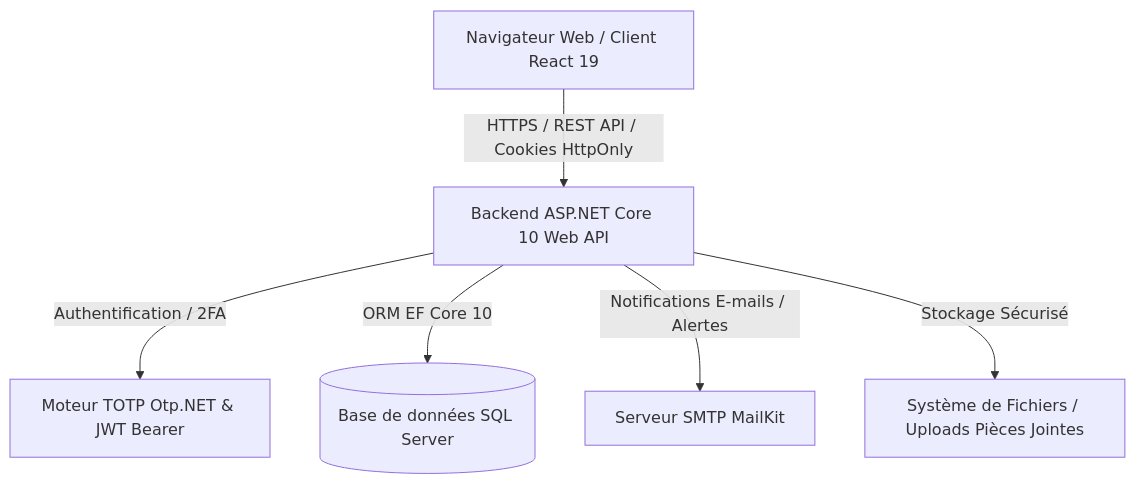
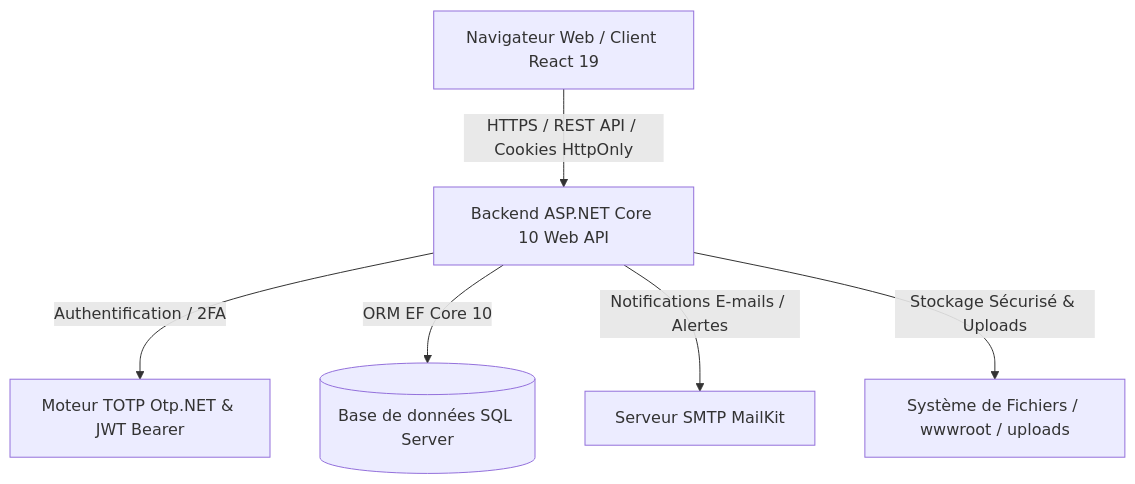
One commit to MsdAmine/cspj-mini-mail changed the diagram in README.md. Above: the diagram before and after it, drawn with Mermaid. The commit also changed other lines of this file, not shown here.

Commit message:
docs: update project README to reflect new features, security enhancements, and architectural refinements

````diff
--- a/README.md
+++ b/README.md
@@ -86,8 +95,8 @@
 ```mermaid
 graph TD
     Client[Navigateur Web / Client React 19] -->|HTTPS / REST API / Cookies HttpOnly| API[Backend ASP.NET Core 10 Web API]
     API -->|Authentification / 2FA| TOTP[Moteur TOTP Otp.NET & JWT Bearer]
     API -->|ORM EF Core 10| DB[(Base de données SQL Server)]
     API -->|Notifications E-mails / Alertes| SMTP[Serveur SMTP MailKit]
-    API -->|Stockage Sécurisé| FS[Système de Fichiers / Uploads Pièces Jointes]
+    API -->|Stockage Sécurisé & Uploads| FS[Système de Fichiers / wwwroot / uploads]
 ```
````
